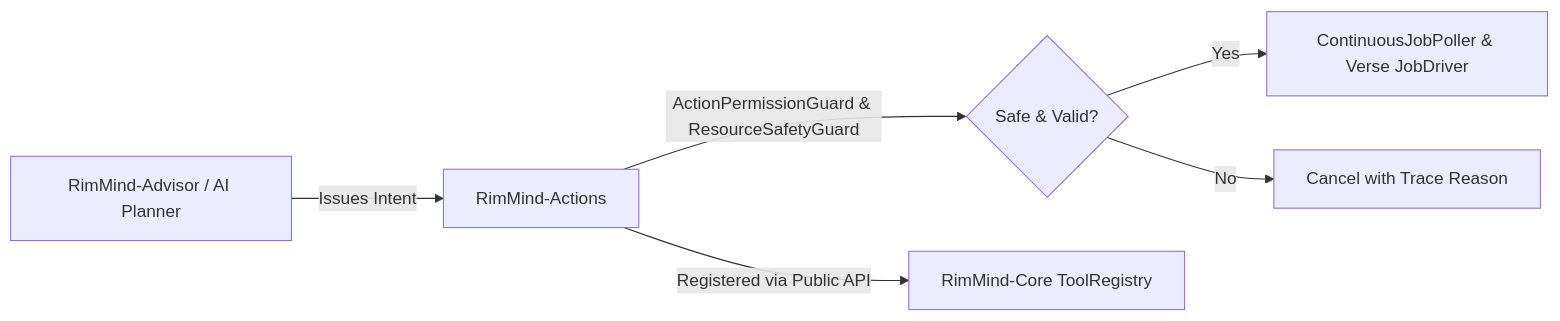
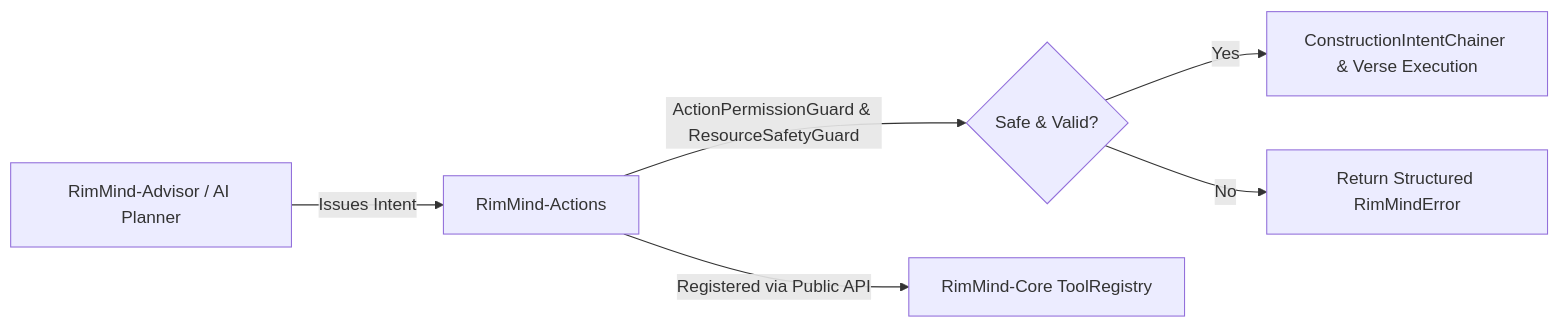
One commit to RimWorld-RimMind-Mod/RimWorld-RimMind-Mod-Actions changed the diagram in README.md. Above: the diagram before and after it, drawn with Mermaid. The commit also changed other lines of this file and 41 other files, not shown here.

````diff
--- a/README.md
+++ b/README.md
@@ -46,8 +46,8 @@
 ```mermaid
 flowchart LR
     Advisor["RimMind-Advisor / AI Planner"] -->|Issues Intent| Actions["RimMind-Actions"]
     Actions -->|ActionPermissionGuard & ResourceSafetyGuard| Gate{"Safe & Valid?"}
-    Gate -- Yes --> Poller["ContinuousJobPoller & Verse JobDriver"]
-    Gate -- No --> Fallback["Cancel with Trace Reason"]
+    Gate -- Yes --> Chainer["ConstructionIntentChainer & Verse Execution"]
+    Gate -- No --> Fallback["Return Structured RimMindError"]
     Actions -->|Registered via Public API| Core["RimMind-Core ToolRegistry"]
 ```
````
